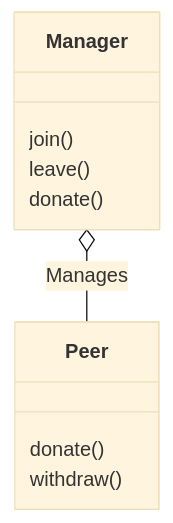
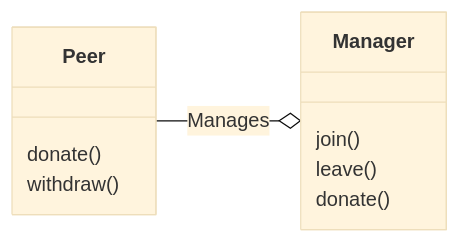
One commit to hashedone/cw-workshop changed the first of 2 diagrams in README.md. Above: the diagram before and after it, drawn with Mermaid (base theme). The commit also changed other lines of this file and 1 other file, not shown here.

Commit message:
Joining flow

````diff
--- a/README.md
+++ b/README.md
@@ -25,14 +25,15 @@
 ```mermaid
 
 classDiagram
+    direction RL
     Manager o-- Peer: Manages
     class Manager {
         join()
         leave()
         donate()
     }
     class Peer {
         donate()
         withdraw()
     }
 ```
````
